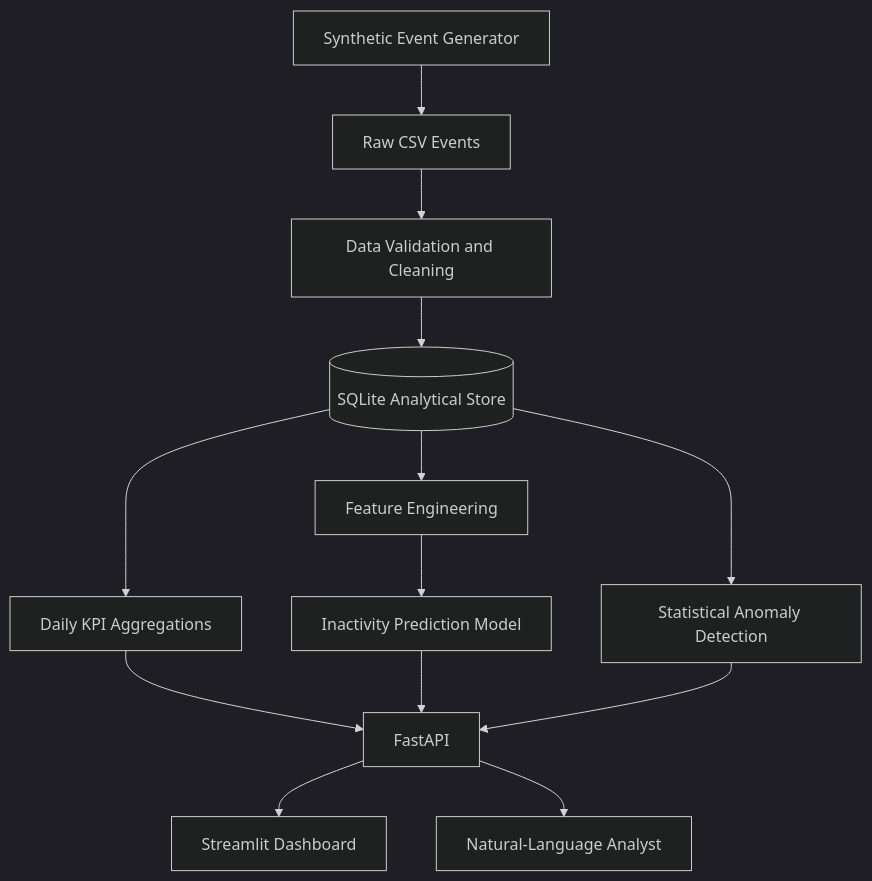
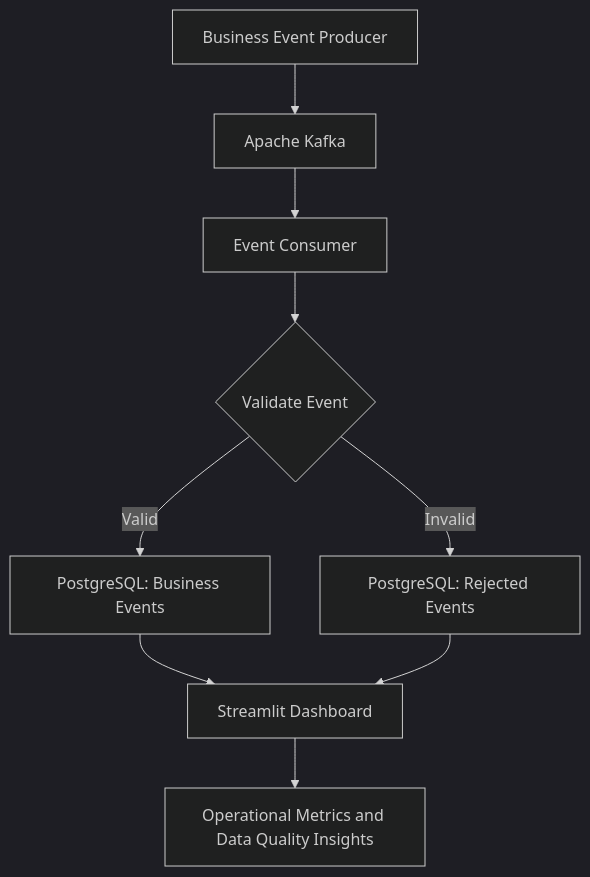
Before and after one commit to AaradhyaMittal03/ai-decision-intelligence: the diagram in README.md, drawn with Mermaid (dark theme). The commit also changed other lines of this file, not shown here.

Commit message:
Improve project README and dashboard documentation

````diff
--- a/README.md
+++ b/README.md
@@ -56,15 +156,11 @@
 ```mermaid
 flowchart TD
-    A[Synthetic Event Generator] --> B[Raw CSV Events]
-    B --> C[Data Validation and Cleaning]
-    C --> D[(SQLite Analytical Store)]
-    D --> E[Daily KPI Aggregations]
-    D --> F[Feature Engineering]
-    F --> G[Inactivity Prediction Model]
-    D --> H[Statistical Anomaly Detection]
-    E --> I[FastAPI]
-    G --> I
-    H --> I
-    I --> J[Streamlit Dashboard]
-    I --> K[Natural-Language Analyst]
+    A[Business Event Producer] --> B[Apache Kafka]
+    B --> C[Event Consumer]
+    C --> D{Validate Event}
+    D -->|Valid| E[PostgreSQL: Business Events]
+    D -->|Invalid| F[PostgreSQL: Rejected Events]
+    E --> G[Streamlit Dashboard]
+    F --> G
+    G --> H[Operational Metrics and Data Quality Insights]
 ```
````
